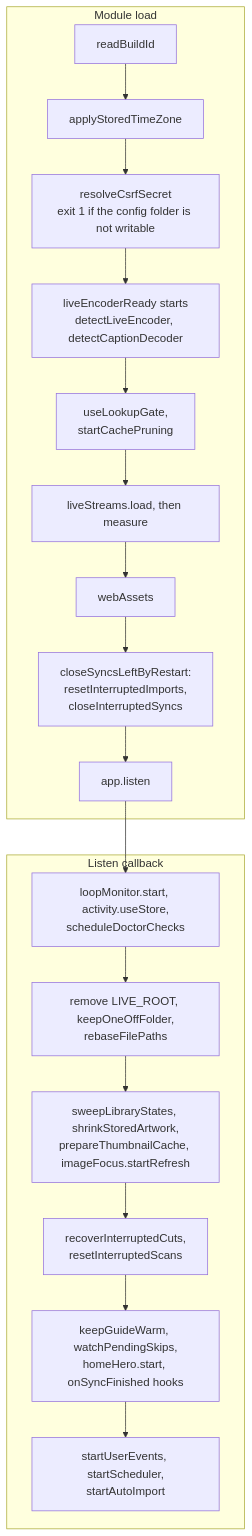
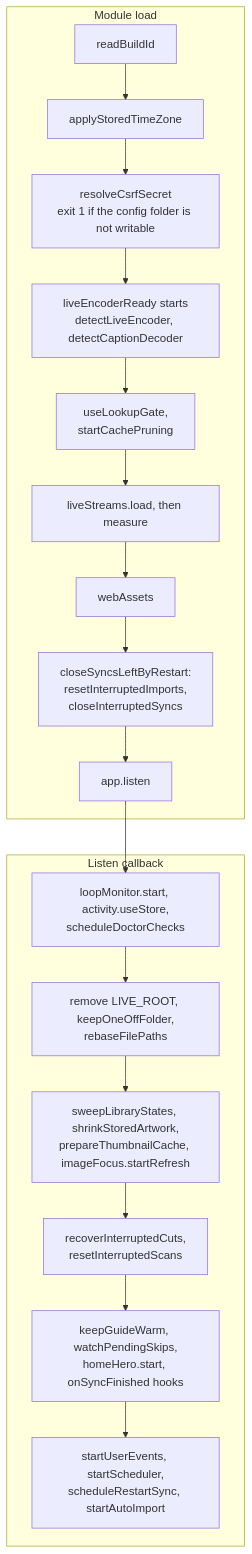
Before and after one commit to furey/freetvarr: the third of 10 diagrams in docs/DEEP_DIVE.md, drawn with Mermaid. The commit also changed other lines of this file and 24 other files, not shown here.

Commit message:
Ran a sync again about 30 seconds after a restart stopped one, unless a scheduled sync was due within 2 minutes or the stopped sync was itself a restart sync, and showed the stopped entry as stopped by a restart instead of failed.

````diff
--- a/docs/DEEP_DIVE.md
+++ b/docs/DEEP_DIVE.md
@@ -159,24 +159,24 @@
 ```mermaid
 flowchart TD
   subgraph load["Module load"]
     build["readBuildId"]
     tz["applyStoredTimeZone"]
     csrf["resolveCsrfSecret<br>exit 1 if the config folder is not writable"]
     enc["liveEncoderReady starts<br>detectLiveEncoder, detectCaptionDecoder"]
     gate["useLookupGate,<br>startCachePruning"]
     bench["liveStreams.load, then measure"]
     web["webAssets"]
     syncs["closeSyncsLeftByRestart:<br>resetInterruptedImports,<br>closeInterruptedSyncs"]
     listen["app.listen"]
   end
   subgraph callback["Listen callback"]
     loop["loopMonitor.start, activity.useStore,<br>scheduleDoctorChecks"]
     reconcile["remove LIVE_ROOT, keepOneOffFolder,<br>rebaseFilePaths"]
     sweep["sweepLibraryStates, shrinkStoredArtwork,<br>prepareThumbnailCache, imageFocus.startRefresh"]
     adrec["recoverInterruptedCuts,<br>resetInterruptedScans"]
     warm["keepGuideWarm, watchPendingSkips,<br>homeHero.start, onSyncFinished hooks"]
-    start["startUserEvents, startScheduler,<br>startAutoImport"]
+    start["startUserEvents, startScheduler,<br>scheduleRestartSync, startAutoImport"]
   end
   build --> tz --> csrf --> enc --> gate --> bench --> web --> syncs --> listen
   listen --> loop --> reconcile --> sweep --> adrec --> warm --> start
 ```
````
